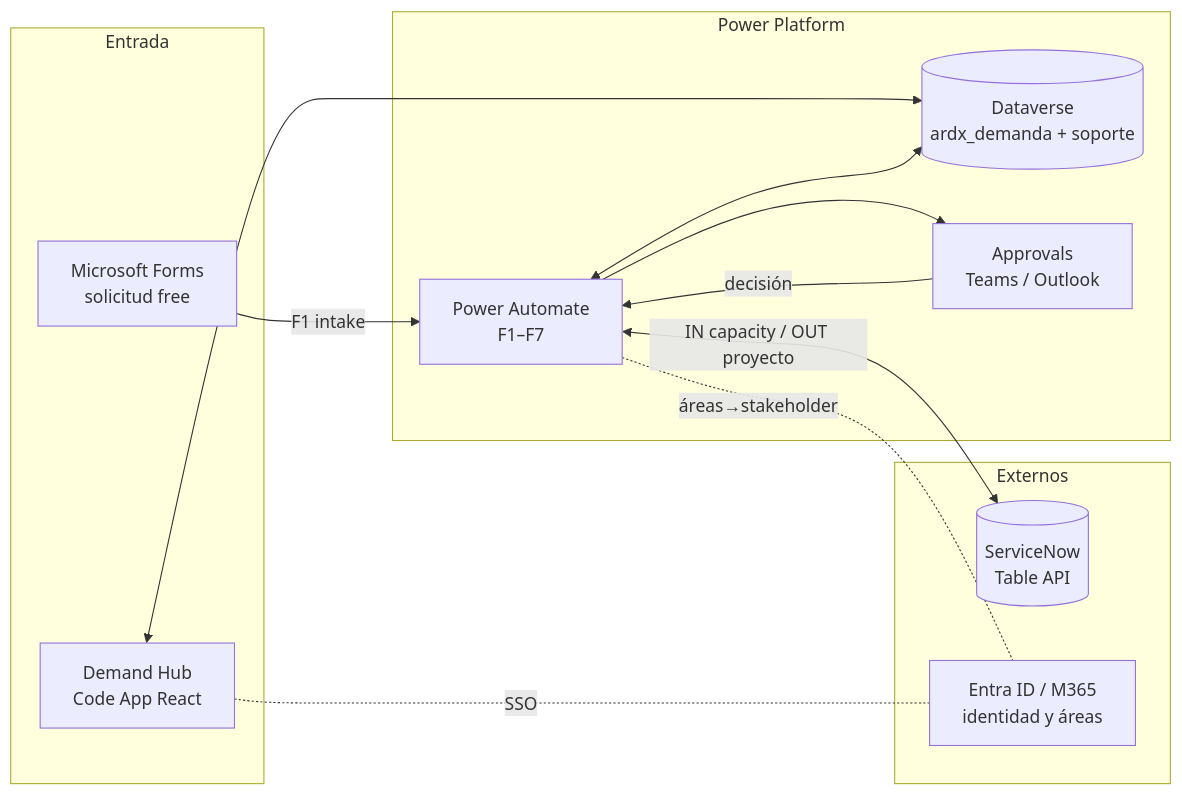
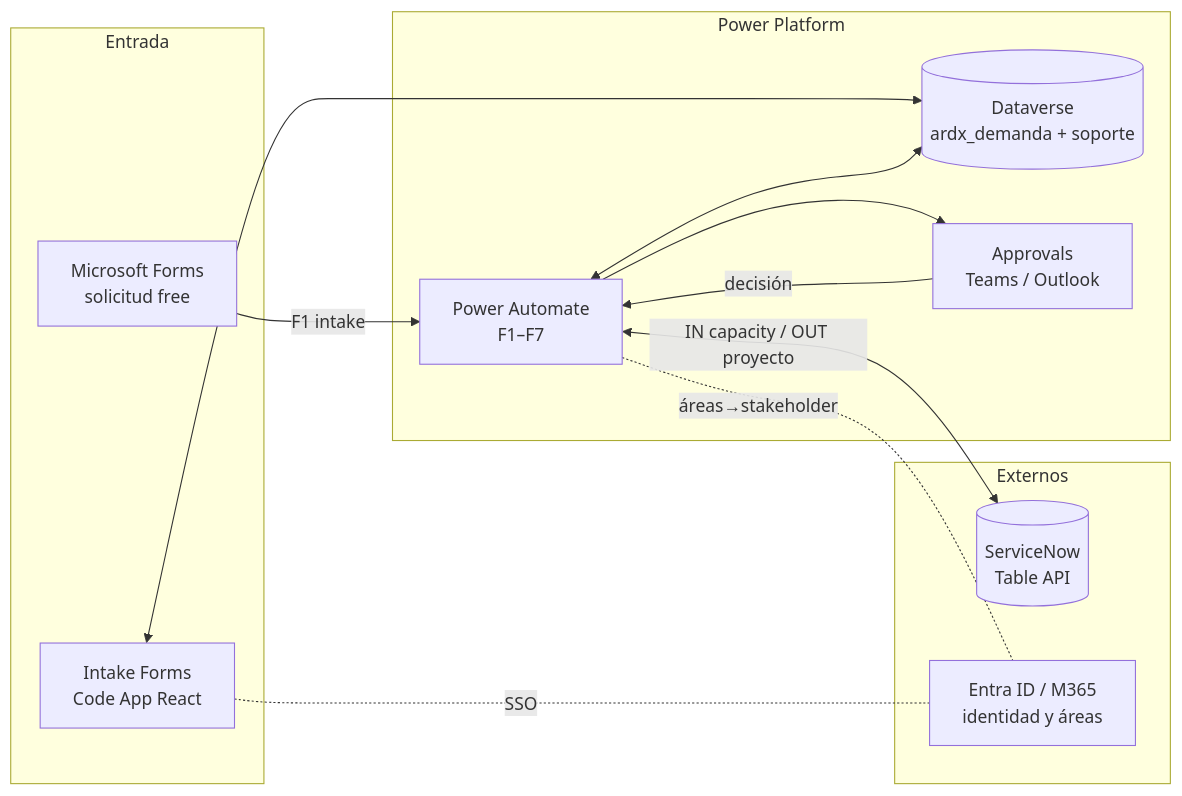
The first of 2 diagrams in docs/IMPLEMENTATION-PLAN-POWERAPPS.md (litdigitall/demand-hub), drawn with Mermaid before and after one commit. The commit also changed other lines of this file and 1 other file, not shown here.

First line of the commit message:
docs: o app se chama Intake Forms nos dois guias que falam dele

````diff
--- a/docs/IMPLEMENTATION-PLAN-POWERAPPS.md
+++ b/docs/IMPLEMENTATION-PLAN-POWERAPPS.md
@@ -29,25 +29,25 @@
 ```mermaid
 flowchart LR
   subgraph Entrada
     MF[Microsoft Forms<br/>solicitud free]
-    APP[Demand Hub<br/>Code App React]
+    APP[Intake Forms<br/>Code App React]
   end
   subgraph PowerPlatform[Power Platform]
     PA[Power Automate<br/>F1–F7]
     DV[(Dataverse<br/>ardx_demanda + soporte)]
     APR[Approvals<br/>Teams / Outlook]
   end
   subgraph Externos
     SN[(ServiceNow<br/>Table API)]
     M365[Entra ID / M365<br/>identidad y áreas]
   end
 
   MF -->|F1 intake| PA
   APP <--> DV
   PA <--> DV
   PA --> APR
   APR -->|decisión| PA
   PA <-->|IN capacity / OUT proyecto| SN
   APP -. SSO .- M365
   PA -. áreas→stakeholder .- M365
 ```
````
